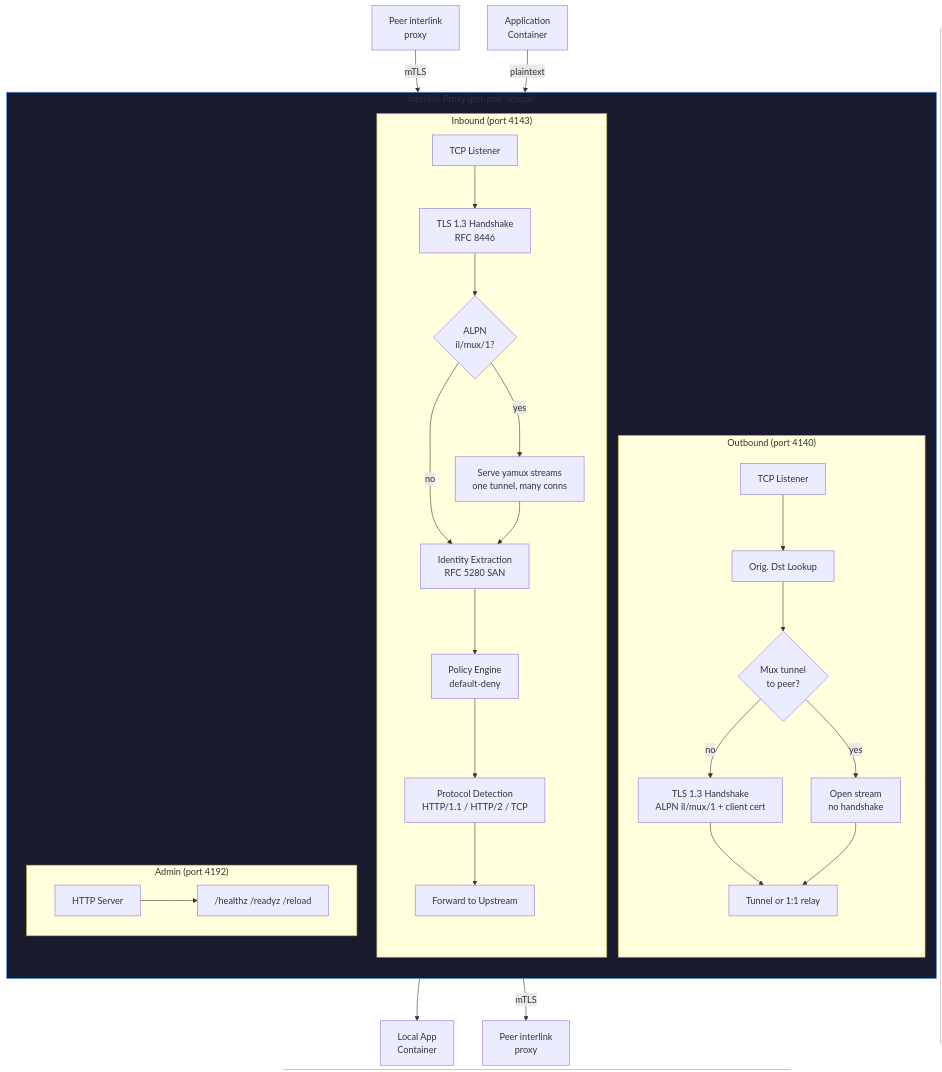
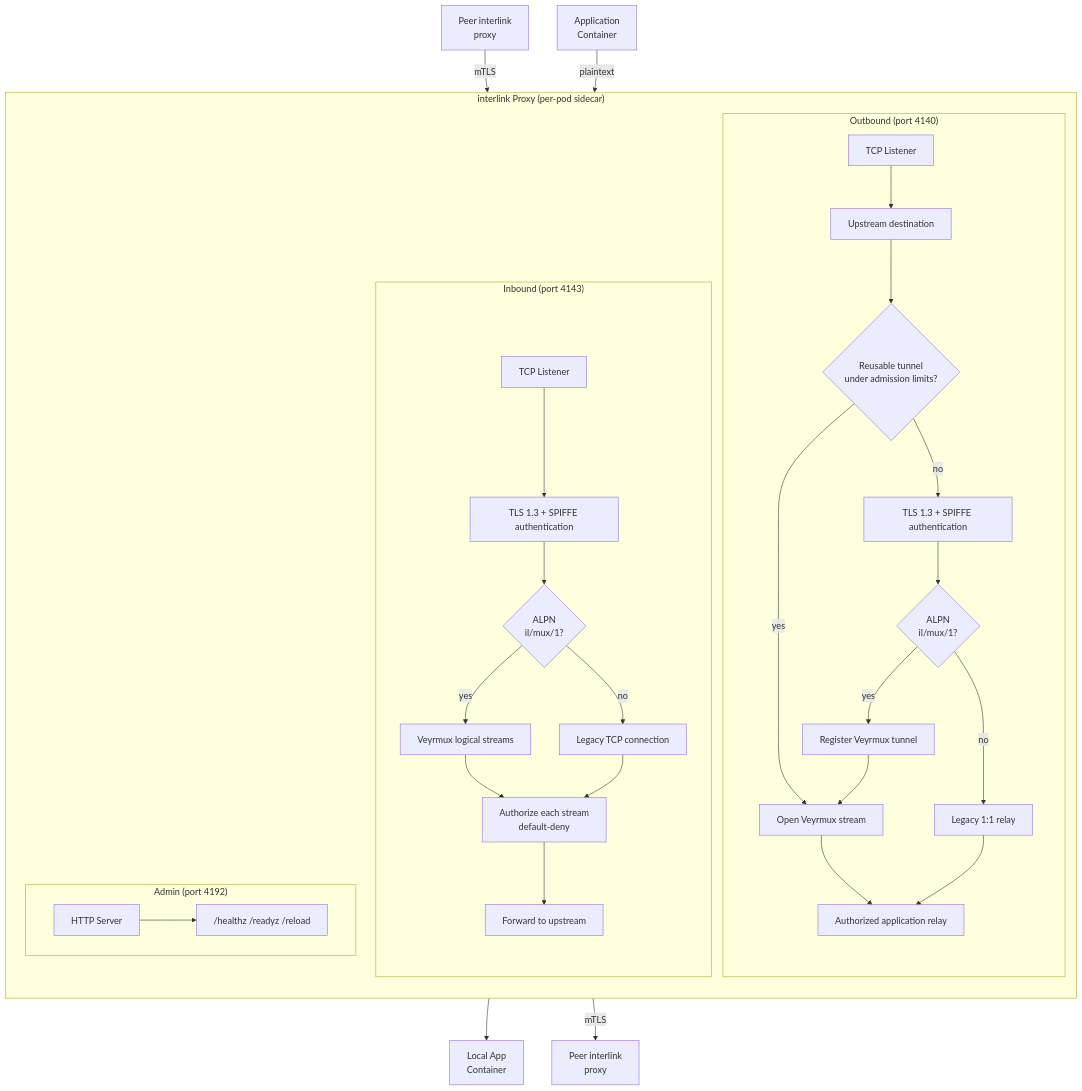
The second of 2 diagrams in README.md (alexandernicholson/interlink), drawn with Mermaid before and after one commit. The commit also changed other lines of this file and 12 other files, not shown here.

````diff
--- a/README.md
+++ b/README.md
@@ -120,32 +120,34 @@
 ```mermaid
 flowchart TB
     subgraph Proxy["interlink Proxy (per-pod sidecar)"]
         direction TB
         subgraph Inbound["Inbound (port 4143)"]
-            L[TCP Listener] --> H[TLS 1.3 Handshake<br/>RFC 8446]
+            L[TCP Listener] --> H[TLS 1.3 + SPIFFE authentication]
             H --> M{ALPN<br/>il/mux/1?}
-            M -- yes --> Y[Serve yamux streams<br/>one tunnel, many conns]
-            M -- no --> I
-            Y --> I[Identity Extraction<br/>RFC 5280 SAN]
-            I --> P[Policy Engine<br/>default-deny]
-            P --> D[Protocol Detection<br/>HTTP/1.1 / HTTP/2 / TCP]
-            D --> F[Forward to Upstream]
+            M -- yes --> Y[Veyrmux logical streams]
+            M -- no --> I[Legacy TCP connection]
+            Y --> P[Authorize each stream<br/>default-deny]
+            I --> P
+            P --> F[Forward to upstream]
         end
         subgraph Outbound["Outbound (port 4140)"]
-            O[TCP Listener] --> OM[Orig. Dst Lookup]
-            OM --> OT{Mux tunnel<br/>to peer?}
-            OT -- yes --> OS[Open stream<br/>no handshake]
-            OT -- no --> OH[TLS 1.3 Handshake<br/>ALPN il/mux/1 + client cert]
-            OH --> OF[Tunnel or 1:1 relay]
-            OS --> OF
+            O[TCP Listener] --> OM[Upstream destination]
+            OM --> OT{Reusable tunnel<br/>under admission limits?}
+            OT -- yes --> OS[Open Veyrmux stream]
+            OT -- no --> OH[TLS 1.3 + SPIFFE authentication]
+            OH --> NEG{ALPN<br/>il/mux/1?}
+            NEG -- yes --> POOL[Register Veyrmux tunnel]
+            POOL --> OS
+            NEG -- no --> LEG[Legacy 1:1 relay]
+            OS --> OF[Authorized application relay]
+            LEG --> OF
         end
         subgraph Admin["Admin (port 4192)"]
             AD[HTTP Server] --> AH["/healthz /readyz /reload"]
         end
     end
     Peer[Peer interlink<br/>proxy] -- mTLS --> L
     Client[Application<br/>Container] -- plaintext --> O
     F --> App[Local App<br/>Container]
     OF -- mTLS --> RemotePeer[Peer interlink<br/>proxy]
-    style Proxy fill:#1a1a2e,stroke:#4a9eff
 ```
````
